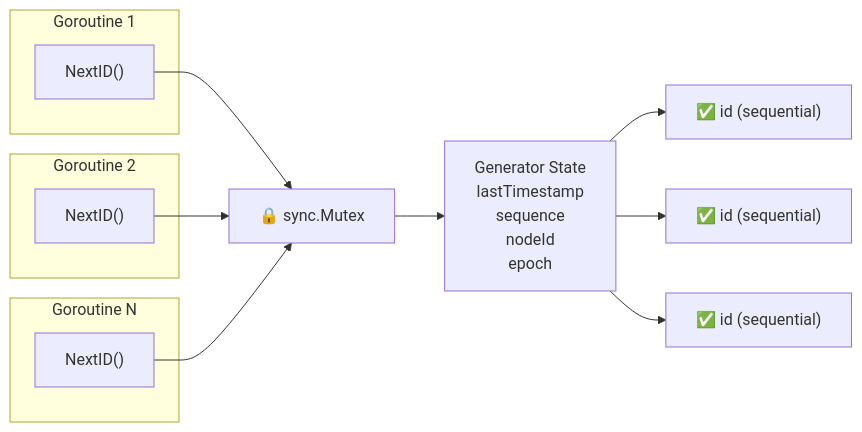
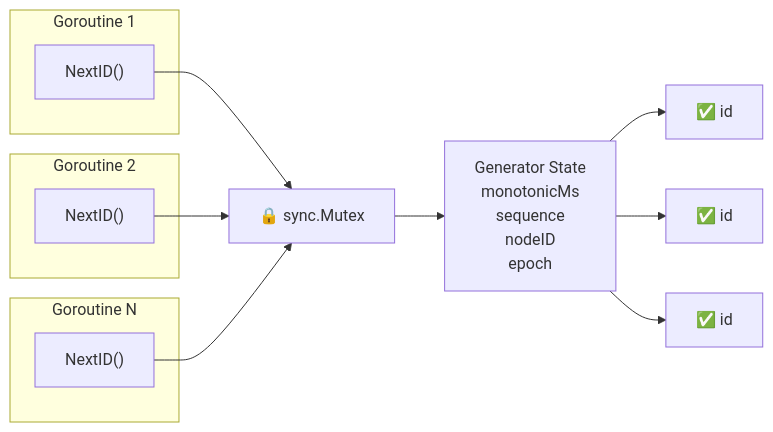
Before and after one commit to Albe83/snowflake-id-service: the fourth of 5 diagrams in docs/design/snowflake-algorithm-workflow.md, drawn with Mermaid. The commit also changed other lines of this file, not shown here.

Commit message:
docs(design): apply monotonic anchor + ephemeral node ID to all workflow diagrams

````diff
--- a/docs/design/snowflake-algorithm-workflow.md
+++ b/docs/design/snowflake-algorithm-workflow.md
@@ -97,20 +89,20 @@
 ```mermaid
 flowchart LR
     subgraph "Goroutine 1"
         G1["NextID()"]
     end
     subgraph "Goroutine 2"
         G2["NextID()"]
     end
     subgraph "Goroutine N"
         GN["NextID()"]
     end
 
     G1 --> M["🔒 sync.Mutex"]
     G2 --> M
     GN --> M
-    M --> Gen["Generator State<br>lastTimestamp<br>sequence<br>nodeId<br>epoch"]
-    Gen --> ID1["✅ id (sequential)"]
-    Gen --> ID2["✅ id (sequential)"]
-    Gen --> IDN["✅ id (sequential)"]
+    M --> Gen["Generator State<br>monotonicMs<br>sequence<br>nodeID<br>epoch"]
+    Gen --> ID1["✅ id"]
+    Gen --> ID2["✅ id"]
+    Gen --> IDN["✅ id"]
 ```
````
